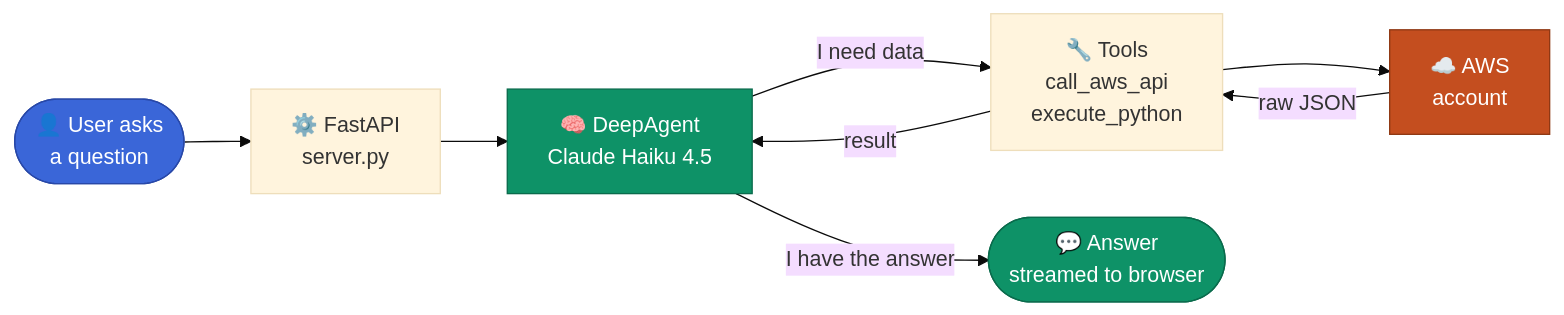
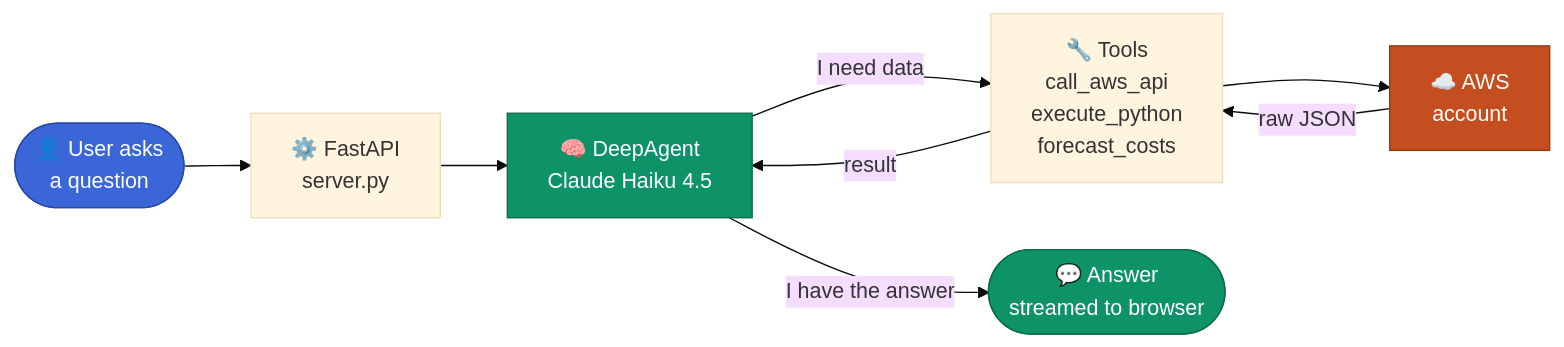
One commit to j-jayasuriyan/cloud_cost_deepagent changed the first of 8 diagrams in documentation/Architecture.md. Above: the diagram before and after it, drawn with Mermaid (base theme). The commit also changed other lines of this file and 7 other files, not shown here.

````diff
--- a/documentation/Architecture.md
+++ b/documentation/Architecture.md
@@ -8,17 +8,17 @@
 ```mermaid
 flowchart LR
     U(["👤 User asks<br/>a question"]) --> S["⚙️ FastAPI<br/>server.py"]
     S --> A["🧠 DeepAgent<br/>Claude Haiku 4.5"]
 
-    A -->|"I need data"| T["🔧 Tools<br/>call_aws_api<br/>execute_python"]
+    A -->|"I need data"| T["🔧 Tools<br/>call_aws_api<br/>execute_python<br/>forecast_costs"]
     T --> AWS["☁️ AWS<br/>account"]
     AWS -->|"raw JSON"| T
     T -->|"result"| A
 
     A -->|"I have the answer"| ANS(["💬 Answer<br/>streamed to browser"])
 
     style U fill:#3a66d8,stroke:#2848a8,color:#fff
     style A fill:#0e9267,stroke:#0a6b4c,color:#fff
     style AWS fill:#c44e1f,stroke:#8f3814,color:#fff
     style ANS fill:#0e9267,stroke:#0a6b4c,color:#fff
 ```
````
